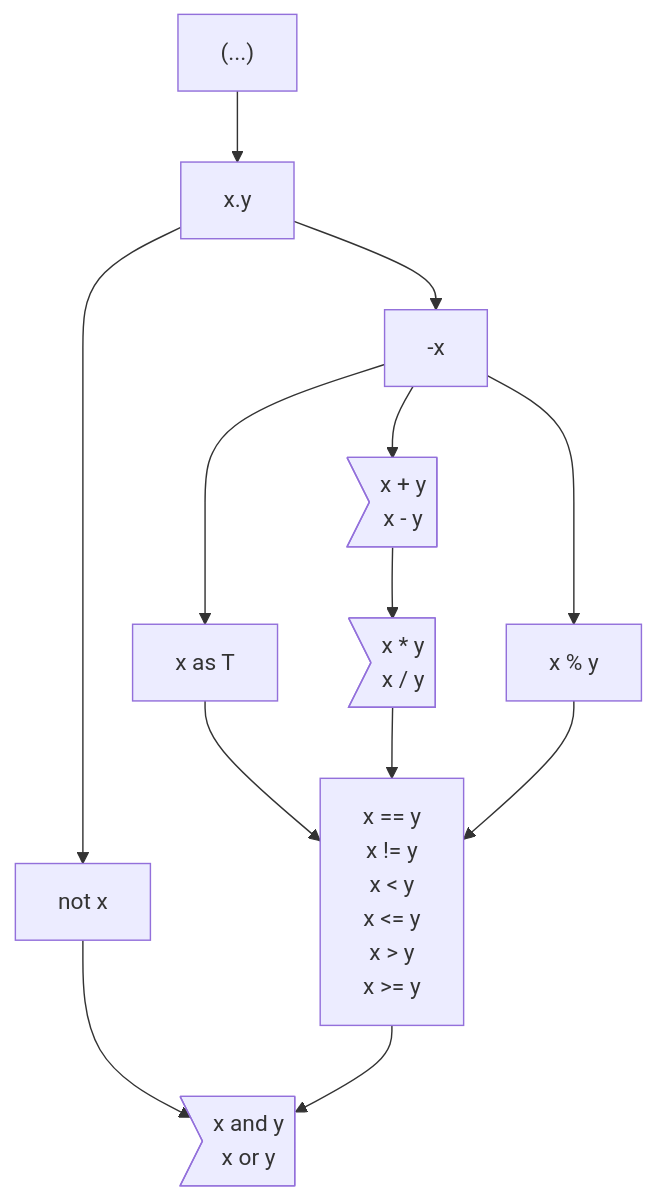
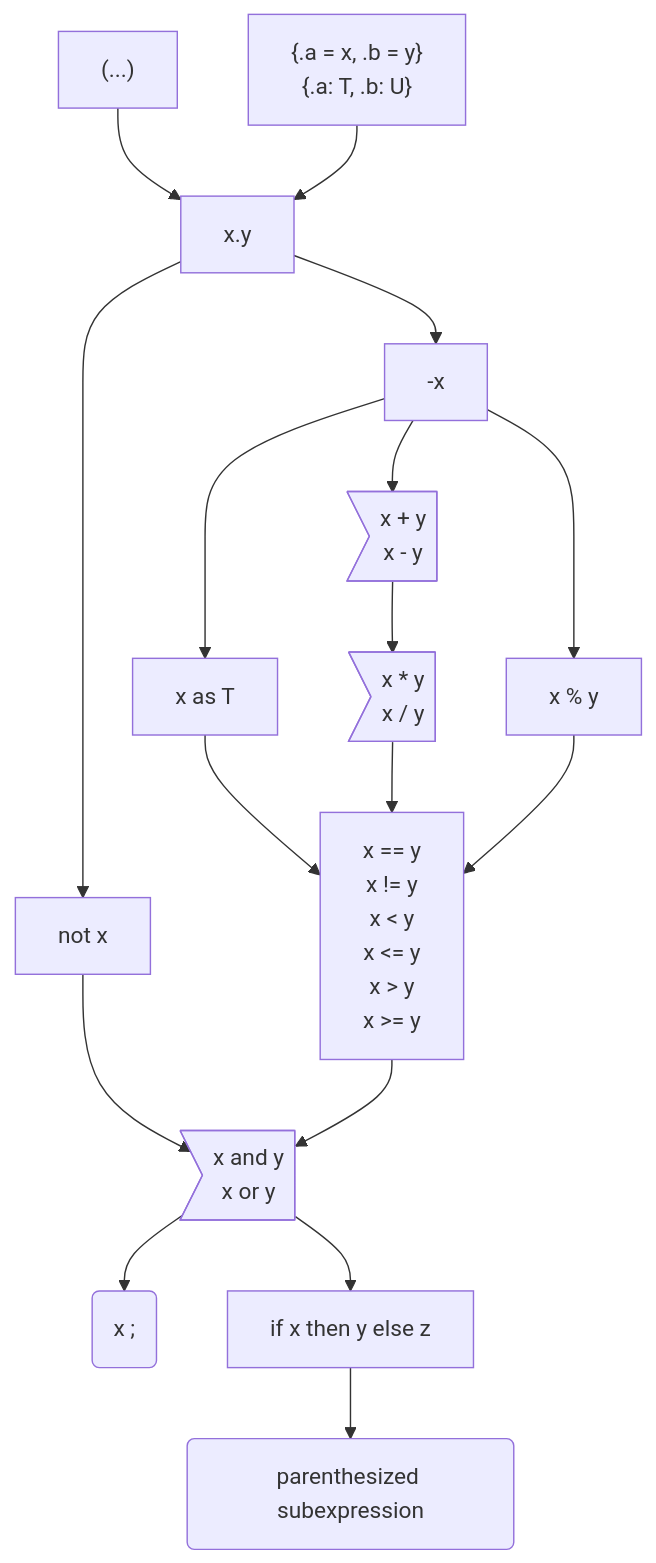
Before and after one commit to carbon-language/carbon-lang: the first of 2 diagrams in docs/design/expressions/README.md, drawn with Mermaid.

Commit message:
Add struct literals an if/else to precedence diagram.

````diff
--- a/docs/design/expressions/README.md
+++ b/docs/design/expressions/README.md
@@ -72,13 +72,17 @@
 ```mermaid
 graph TD
-    parens["(...)"] --> primary
-    primary["x.y"] --> not & negation
+    parens["(...)"] --> postfix
+    struct_literal["{.a = x, .b = y}<br> {.a: T, .b: U}"] --> postfix
+    postfix["x.y"] --> not & negation
     negation["-x"] --> additive & modulo & as
     as["x as T"] --> comparison
     not["not x"] --> and_or
     additive>"x + y<br> x - y"] --> multiplicative
     multiplicative>"x * y<br> x / y"] --> comparison
     modulo["x % y"] --> comparison
     comparison["x == y<br> x != y<br> x < y<br> x <= y<br> x > y<br> x >= y"] --> and_or
-    and_or>"x and y<br> x or y"]
+    and_or>"x and y<br> x or y"] --> expression_statement & if_else
+    expression_statement("x ;")
+    if_else["if x then y else z"] --> subexpression
+    subexpression("parenthesized subexpression")
 ```
````
